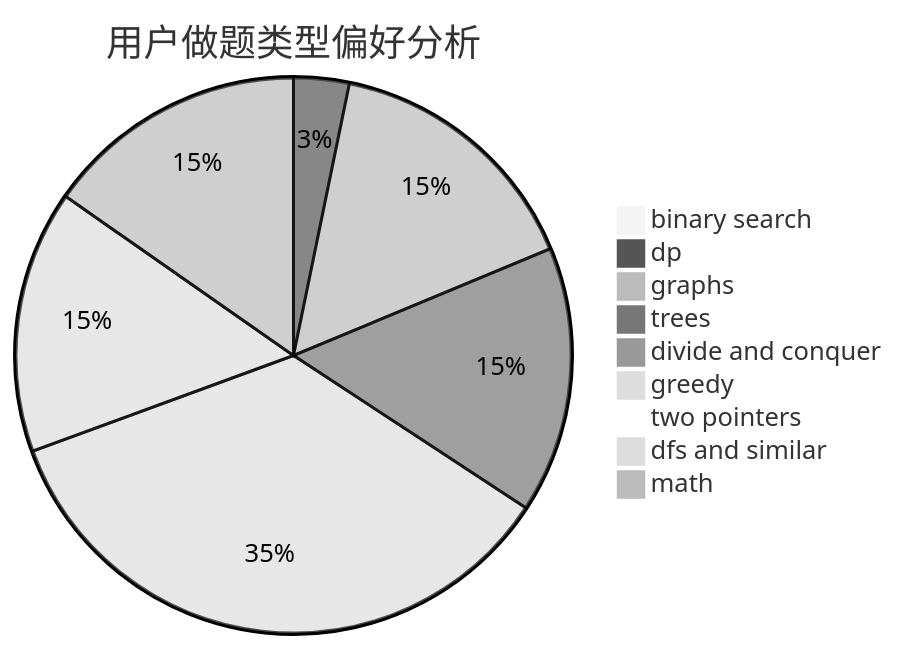
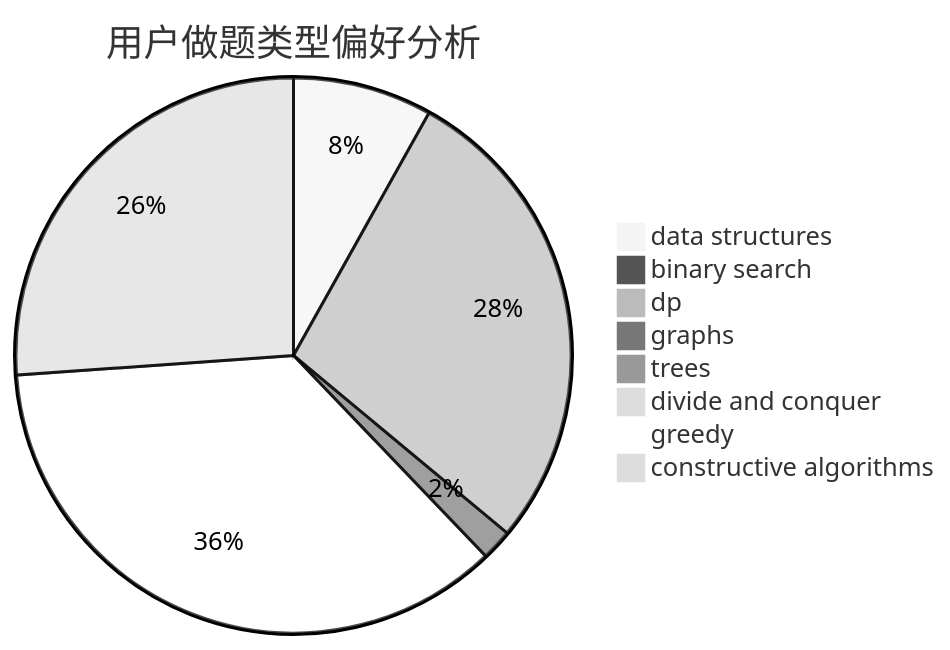
One commit to sherpahu/cfrs.github.io changed the second of 3 diagrams in docs/user/u2471.md. Above: the diagram before and after it, drawn with Mermaid (neutral theme). The commit also changed other lines of this file and 2775 other files, not shown here.

````diff
--- a/docs/user/u2471.md
+++ b/docs/user/u2471.md
@@ -23,12 +23,11 @@
 ```mermaid
 pie title 用户做题类型偏好分析
-    "binary search" :  3
+    "data structures" :  9
+    "binary search" :  0
     "dp" :  31
-    "graphs" :  149
-    "trees" :  149
+    "graphs" :  2
+    "trees" :  1
     "divide and conquer" :  0
-    "greedy" :  338
-    "two pointers" :  1
-    "dfs and similar" :  147
-    "math" :  147
+    "greedy" :  40
+    "constructive algorithms" :  29
 ```
````
